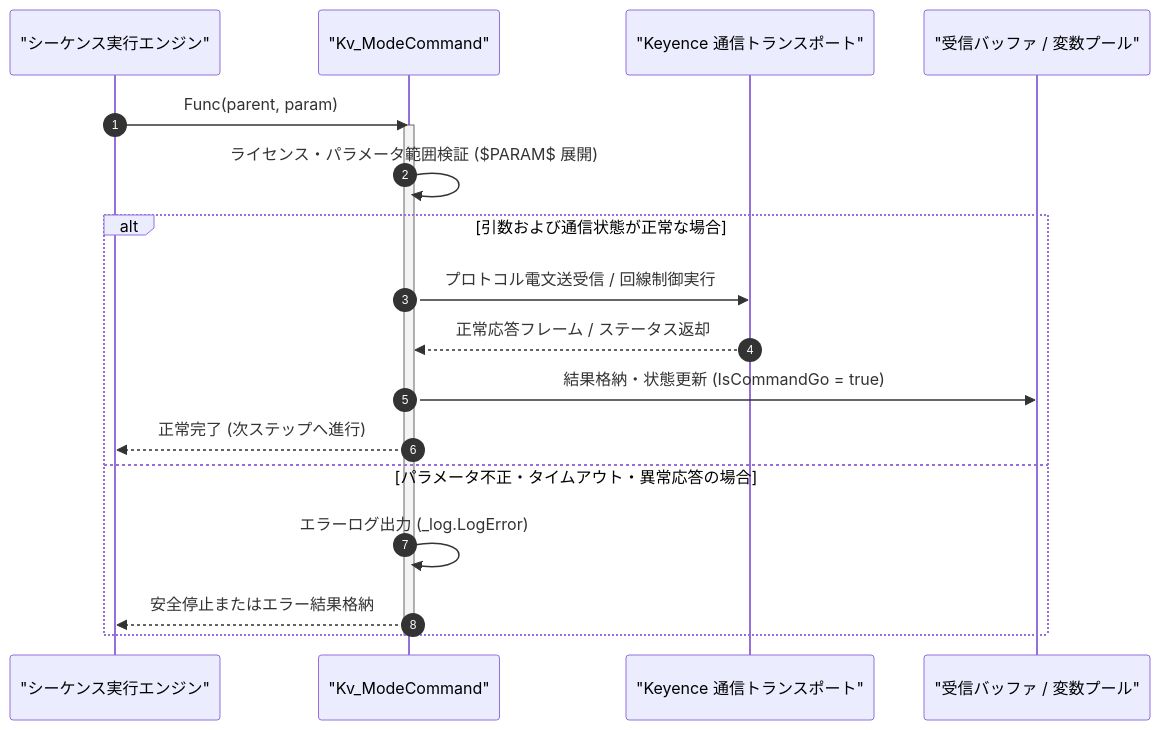
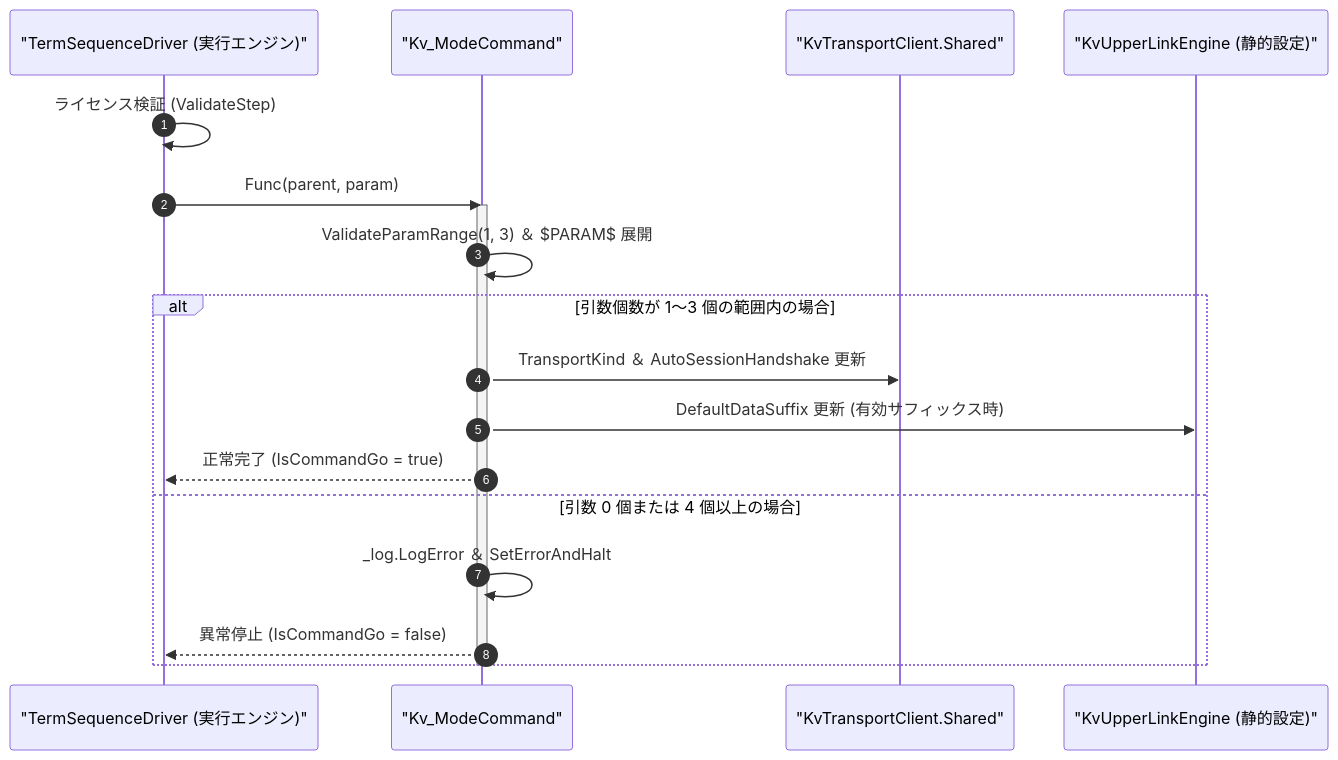
One commit to Monaca-App/TermAddIn changed the diagram in Manual/Keyence/Kv_Mode.Md. Above: the diagram before and after it, drawn with Mermaid. The commit also changed other lines of this file and 157 other files, not shown here.

````diff
--- a/Manual/Keyence/Kv_Mode.Md
+++ b/Manual/Keyence/Kv_Mode.Md
@@ -64,22 +72,22 @@
 ```mermaid
 sequenceDiagram
     autonumber
-    participant Script as "シーケンス実行エンジン"
+    participant Driver as "TermSequenceDriver (実行エンジン)"
     participant Cmd as "Kv_ModeCommand"
-    participant Trans as "Keyence 通信トランスポート"
-    participant Buf as "受信バッファ / 変数プール"
+    participant Trans as "KvTransportClient.Shared"
+    participant Engine as "KvUpperLinkEngine (静的設定)"
 
-    Script->>Cmd: Func(parent, param)
+    Driver->>Driver: ライセンス検証 (ValidateStep)
+    Driver->>Cmd: Func(parent, param)
     activate Cmd
-    Cmd->>Cmd: ライセンス・パラメータ範囲検証 ($PARAM$ 展開)
-    alt 引数および通信状態が正常な場合
-        Cmd->>Trans: プロトコル電文送受信 / 回線制御実行
-        Trans-->>Cmd: 正常応答フレーム / ステータス返却
-        Cmd->>Buf: 結果格納・状態更新 (IsCommandGo = true)
-        Cmd-->>Script: 正常完了 (次ステップへ進行)
-    else パラメータ不正・タイムアウト・異常応答の場合
-        Cmd->>Cmd: エラーログ出力 (_log.LogError)
-        Cmd-->>Script: 安全停止またはエラー結果格納
+    Cmd->>Cmd: ValidateParamRange(1, 3) ＆ $PARAM$ 展開
+    alt 引数個数が 1〜3 個の範囲内の場合
+        Cmd->>Trans: TransportKind ＆ AutoSessionHandshake 更新
+        Cmd->>Engine: DefaultDataSuffix 更新 (有効サフィックス時)
+        Cmd-->>Driver: 正常完了 (IsCommandGo = true)
+    else 引数 0 個または 4 個以上の場合
+        Cmd->>Cmd: _log.LogError ＆ SetErrorAndHalt
+        Cmd-->>Driver: 異常停止 (IsCommandGo = false)
     end
     deactivate Cmd
 ```
````
